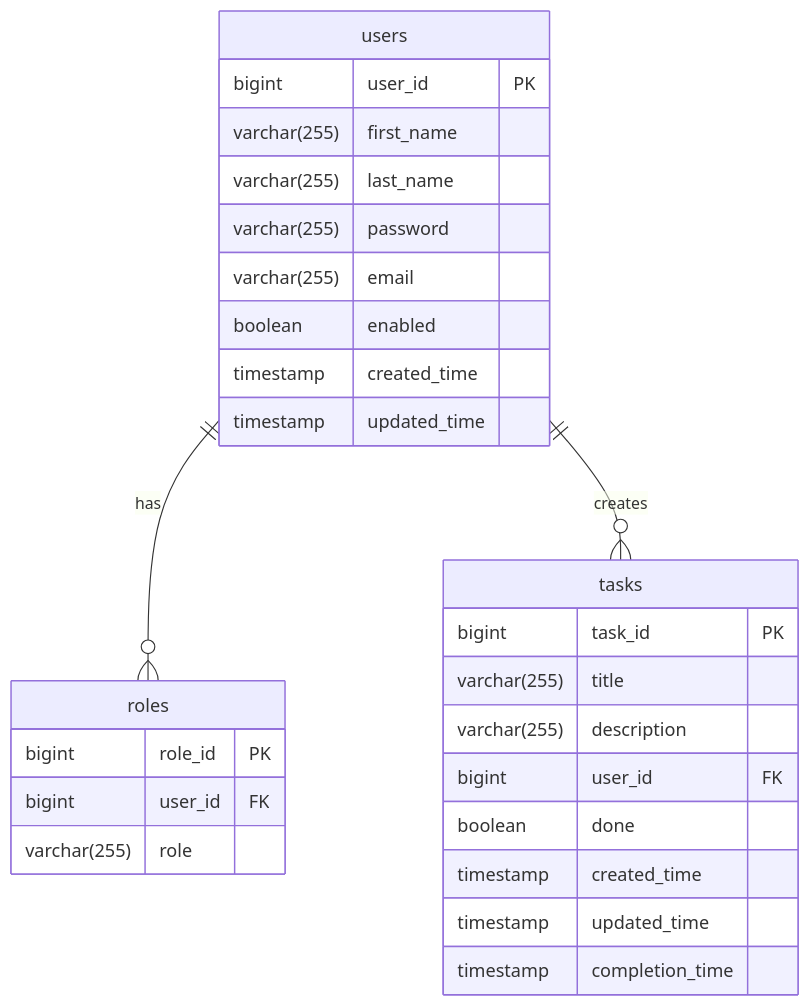
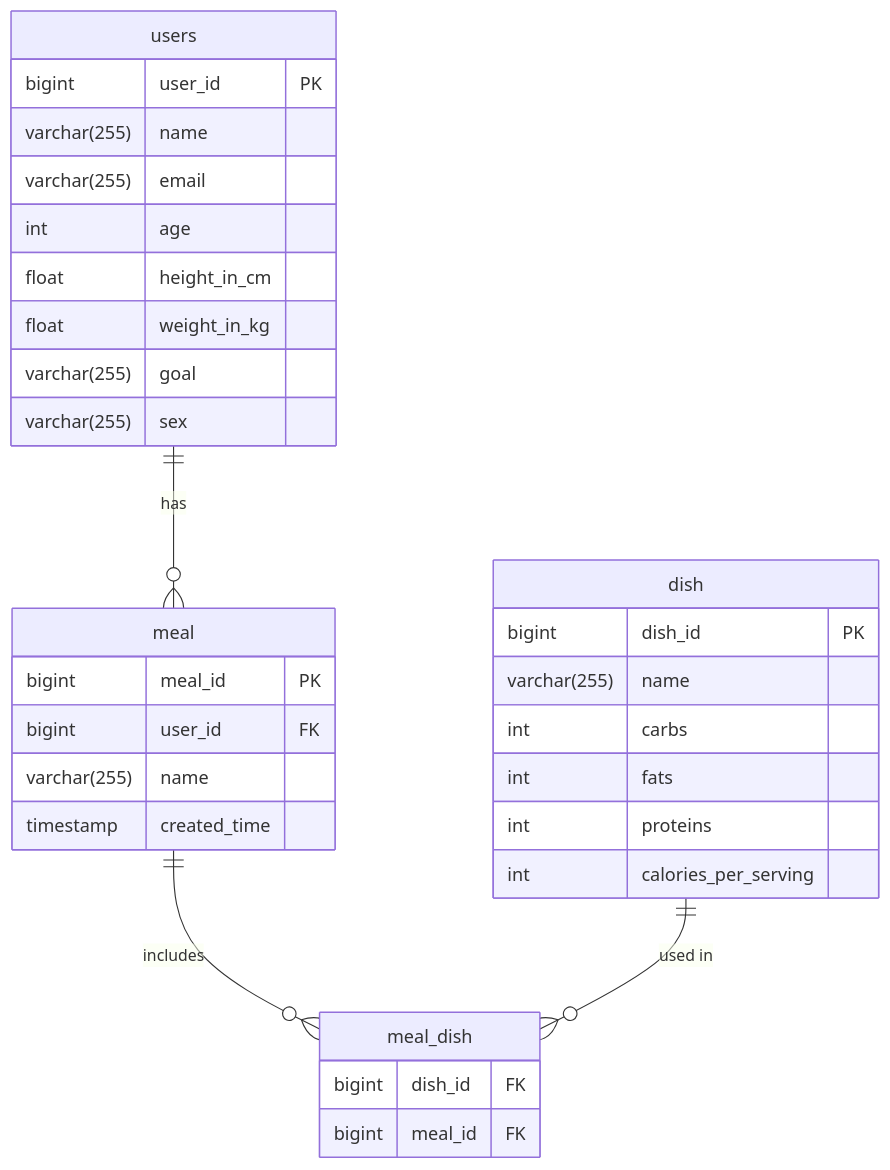
Before and after one commit to LoucterSo/fitness-app: the diagram in README.md, drawn with Mermaid. The commit also changed other lines of this file, not shown here.

````diff
--- a/README.md
+++ b/README.md
@@ -46,33 +44,38 @@
 ```mermaid
 erDiagram
-    users ||--o{ roles : "has"
-    users ||--o{ tasks : "creates"
-    
+    users ||--o{ meal : "has"
+    meal ||--o{ meal_dish : "includes"
+    dish ||--o{ meal_dish : "used in"
+
     users {
         bigint user_id PK
-        varchar(255) first_name
-        varchar(255) last_name
-        varchar(255) password
+        varchar(255) name
         varchar(255) email
-        boolean enabled
+        int age
+        float height_in_cm
+        float weight_in_kg
+        varchar(255) goal
+        varchar(255) sex
+    }
+
+    meal {
+        bigint meal_id PK
+        bigint user_id FK
+        varchar(255) name
         timestamp created_time
-        timestamp updated_time
     }
-    
-    roles {
-        bigint role_id PK
-        bigint user_id FK
-        varchar(255) role
+
+    dish {
+        bigint dish_id PK
+        varchar(255) name
+        int carbs
+        int fats
+        int proteins
+        int calories_per_serving
     }
-    
-    tasks {
-        bigint task_id PK
-        varchar(255) title
-        varchar(255) description
-        bigint user_id FK
-        boolean done
-        timestamp created_time
-        timestamp updated_time
-        timestamp completion_time
+
+    meal_dish {
+        bigint dish_id FK
+        bigint meal_id FK
     }
 ```
````
